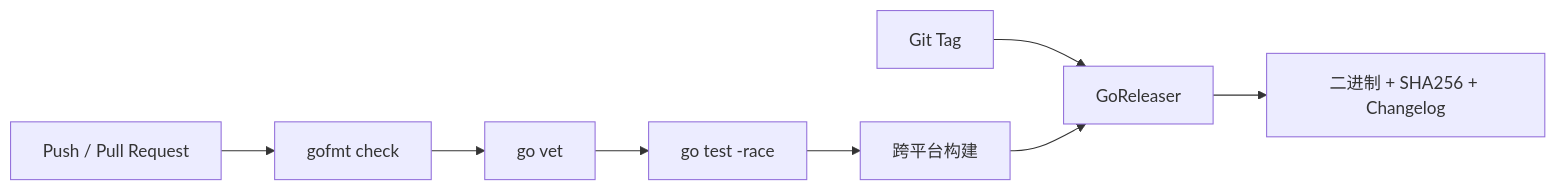
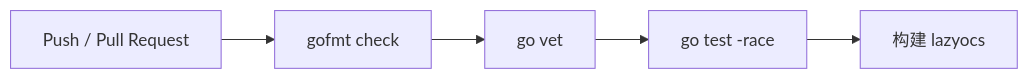
One commit to asikeida/lazyOpencodeSession changed the diagram in opcode-summary/05-production-roadmap.md. Above: the diagram before and after it, drawn with Mermaid. The commit also changed other lines of this file and 21 other files, not shown here.

````diff
--- a/opcode-summary/05-production-roadmap.md
+++ b/opcode-summary/05-production-roadmap.md
@@ -76,10 +76,7 @@
 ```mermaid
 flowchart LR
     PUSH[Push / Pull Request] --> FORMAT[gofmt check]
     FORMAT --> VET[go vet]
     VET --> TEST[go test -race]
-    TEST --> BUILD[跨平台构建]
-    TAG[Git Tag] --> RELEASE[GoReleaser]
-    BUILD --> RELEASE
-    RELEASE --> ARTIFACTS[二进制 + SHA256 + Changelog]
+    TEST --> BUILD[构建 lazyocs]
 ```
````
